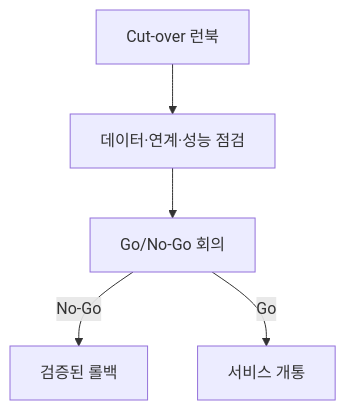
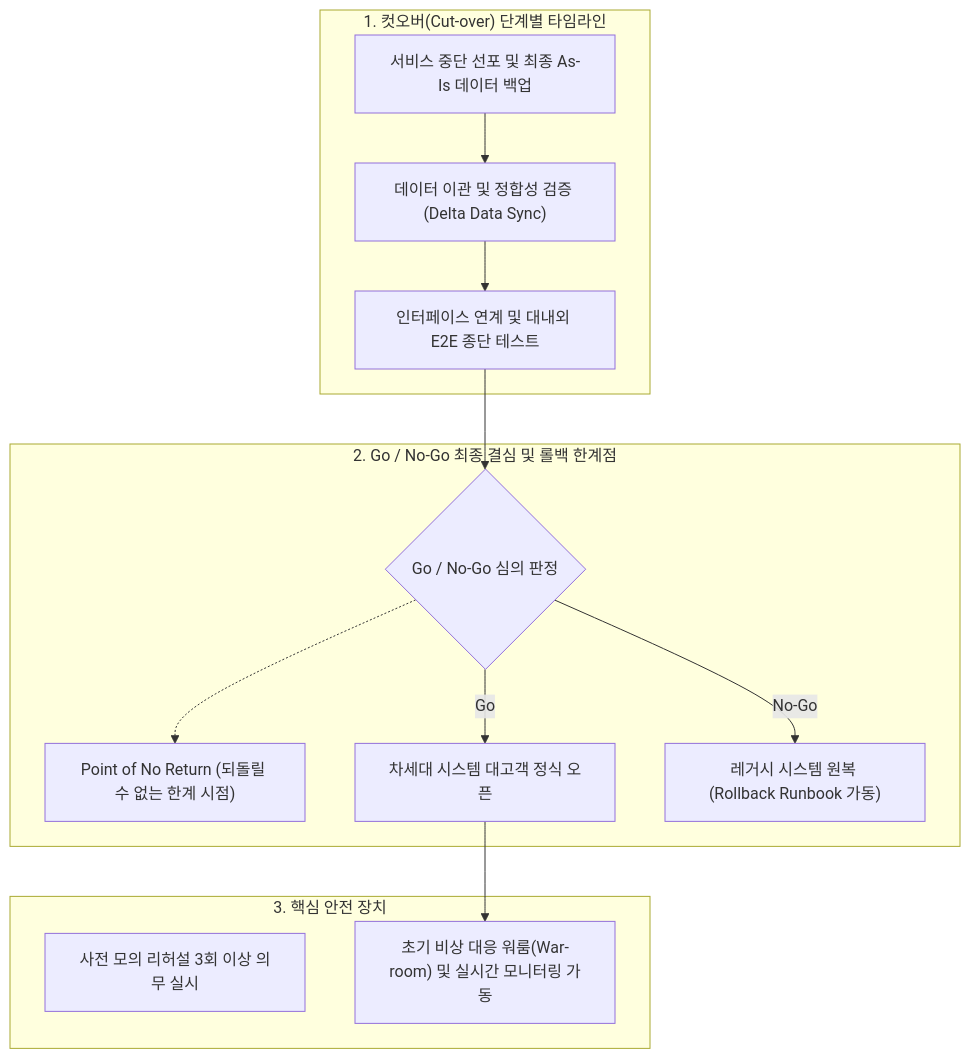
Before and after one commit to agnusdei1207/study: the second of 3 diagrams in src/content/docs/notes/itpe/01-it-strategy/103_next_generation_system_open_risk.md, drawn with Mermaid. The commit also changed other lines of this file and 80 other files, not shown here.

````diff
--- a/src/content/docs/notes/itpe/01-it-strategy/103_next_generation_system_open_risk.md
+++ b/src/content/docs/notes/itpe/01-it-strategy/103_next_generation_system_open_risk.md
@@ -118,7 +111,22 @@
 ```mermaid
 flowchart TD
-    RUN["Cut-over 런북"] --> CHECK["데이터·연계·성능 점검"]
-    CHECK --> GATE["Go/No-Go 회의"]
-    GATE -->|No-Go| Rollback["검증된 롤백"]
-    GATE -->|Go| OPEN["서비스 개통"]
+    subgraph CutoverTimeline["1. 컷오버(Cut-over) 단계별 타임라인"]
+        C1["서비스 중단 선포 및 최종 As-Is 데이터 백업"]
+        C2["데이터 이관 및 정합성 검증 (Delta Data Sync)"]
+        C3["인터페이스 연계 및 대내외 E2E 종단 테스트"]
+        C1 --> C2 --> C3
+    end
+    subgraph Decision["2. Go / No-Go 최종 결심 및 롤백 한계점"]
+        PNR["Point of No Return (되돌릴 수 없는 한계 시점)"]
+        GNG{"Go / No-Go 심의 판정"}
+        C3 --> GNG
+        GNG -->|Go| OPEN["차세대 시스템 대고객 정식 오픈"]
+        GNG -->|No-Go| ROLLBACK["레거시 시스템 원복 (Rollback Runbook 가동)"]
+        GNG -.-> PNR
+    end
+    subgraph Safeguards["3. 핵심 안전 장치"]
+        S1["사전 모의 리허설 3회 이상 의무 실시"]
+        S2["초기 비상 대응 워룸(War-room) 및 실시간 모니터링 가동"]
+        OPEN --> S2
+    end
 ```
````
